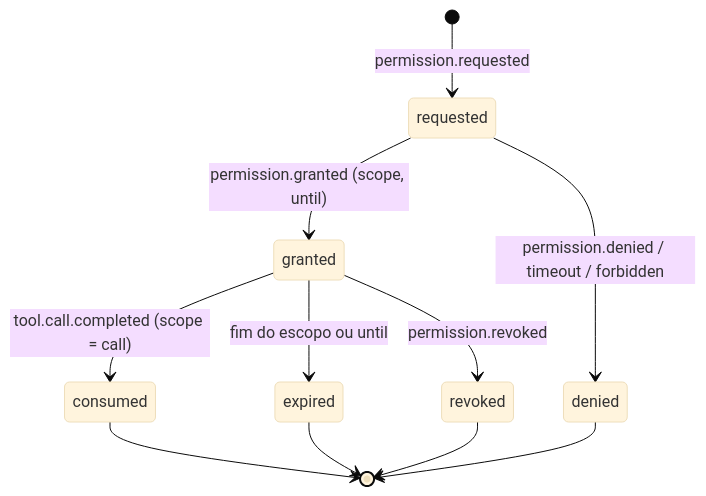
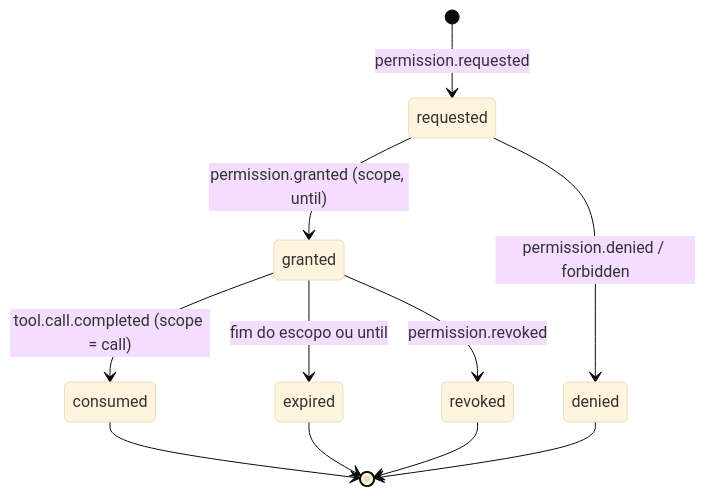
The fourth of 4 diagrams in docs/to-be/permission-negotiation.md (This-Is-NPC/omunculus), drawn with Mermaid (base theme) before and after one commit. The commit also changed other lines of this file and 3 other files, not shown here.

````diff
--- a/docs/to-be/permission-negotiation.md
+++ b/docs/to-be/permission-negotiation.md
@@ -213,13 +214,13 @@
 ```mermaid
 stateDiagram-v2
     [*] --> requested: permission.requested
     requested --> granted: permission.granted (scope, until)
-    requested --> denied: permission.denied / timeout / forbidden
+    requested --> denied: permission.denied / forbidden
     granted --> consumed: tool.call.completed (scope = call)
     granted --> expired: fim do escopo ou until
     granted --> revoked: permission.revoked
     consumed --> [*]
     expired --> [*]
     revoked --> [*]
     denied --> [*]
 ```
````
